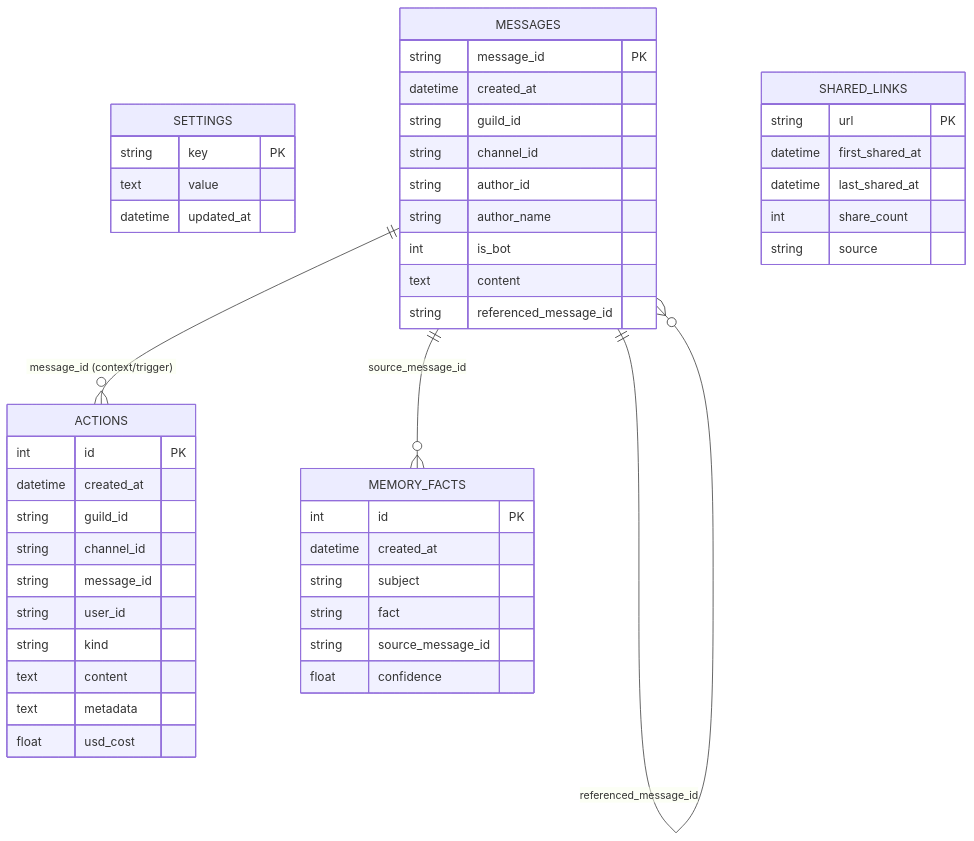
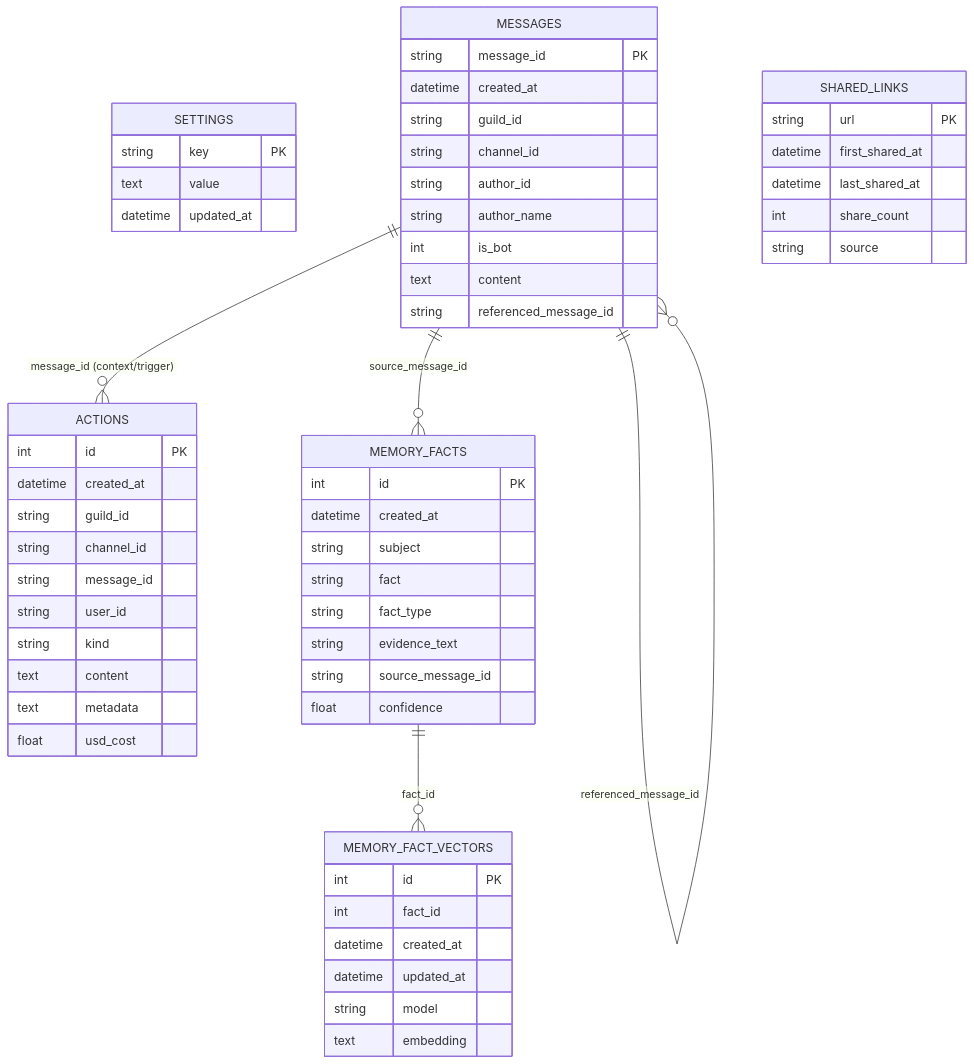
One commit to Volpestyle/clanker_conk changed the second of 5 diagrams in docs/technical-architecture.md. Above: the diagram before and after it, drawn with Mermaid. The commit also changed other lines of this file and 8 other files, not shown here.

````diff
--- a/docs/technical-architecture.md
+++ b/docs/technical-architecture.md
@@ -64,54 +65,66 @@
 ```mermaid
 erDiagram
     SETTINGS {
         string key PK
         text value
         datetime updated_at
     }
 
     MESSAGES {
         string message_id PK
         datetime created_at
         string guild_id
         string channel_id
         string author_id
         string author_name
         int is_bot
         text content
         string referenced_message_id
     }
 
     ACTIONS {
         int id PK
         datetime created_at
         string guild_id
         string channel_id
         string message_id
         string user_id
         string kind
         text content
         text metadata
         float usd_cost
     }
 
     MEMORY_FACTS {
         int id PK
         datetime created_at
         string subject
         string fact
+        string fact_type
+        string evidence_text
         string source_message_id
         float confidence
+    }
+
+    MEMORY_FACT_VECTORS {
+        int id PK
+        int fact_id
+        datetime created_at
+        datetime updated_at
+        string model
+        text embedding
     }
 
     SHARED_LINKS {
         string url PK
         datetime first_shared_at
         datetime last_shared_at
         int share_count
         string source
     }
 
     MESSAGES ||--o{ ACTIONS : "message_id (context/trigger)"
     MESSAGES ||--o{ MEMORY_FACTS : "source_message_id"
+    MEMORY_FACTS ||--o{ MEMORY_FACT_VECTORS : "fact_id"
     MESSAGES ||--o{ MESSAGES : "referenced_message_id"
 ```
````
